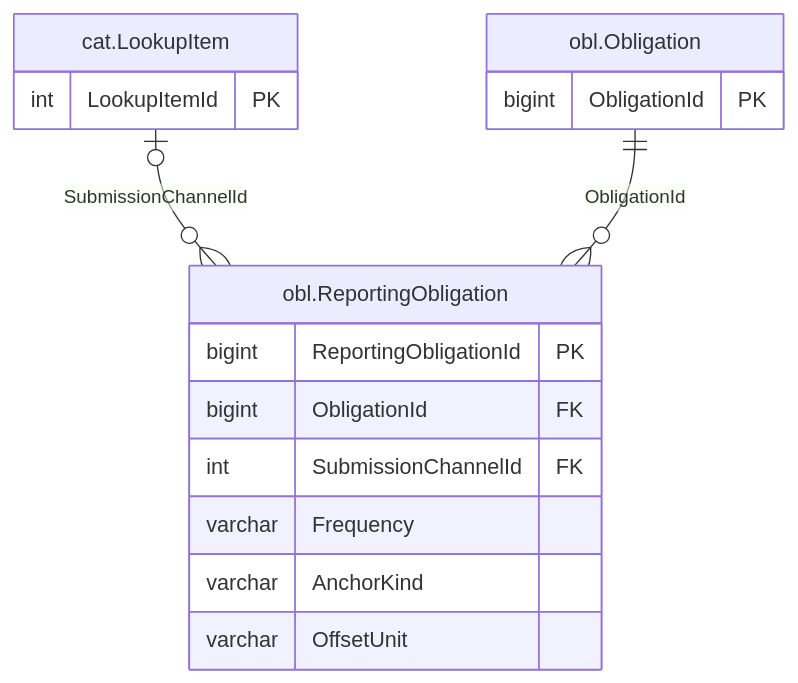
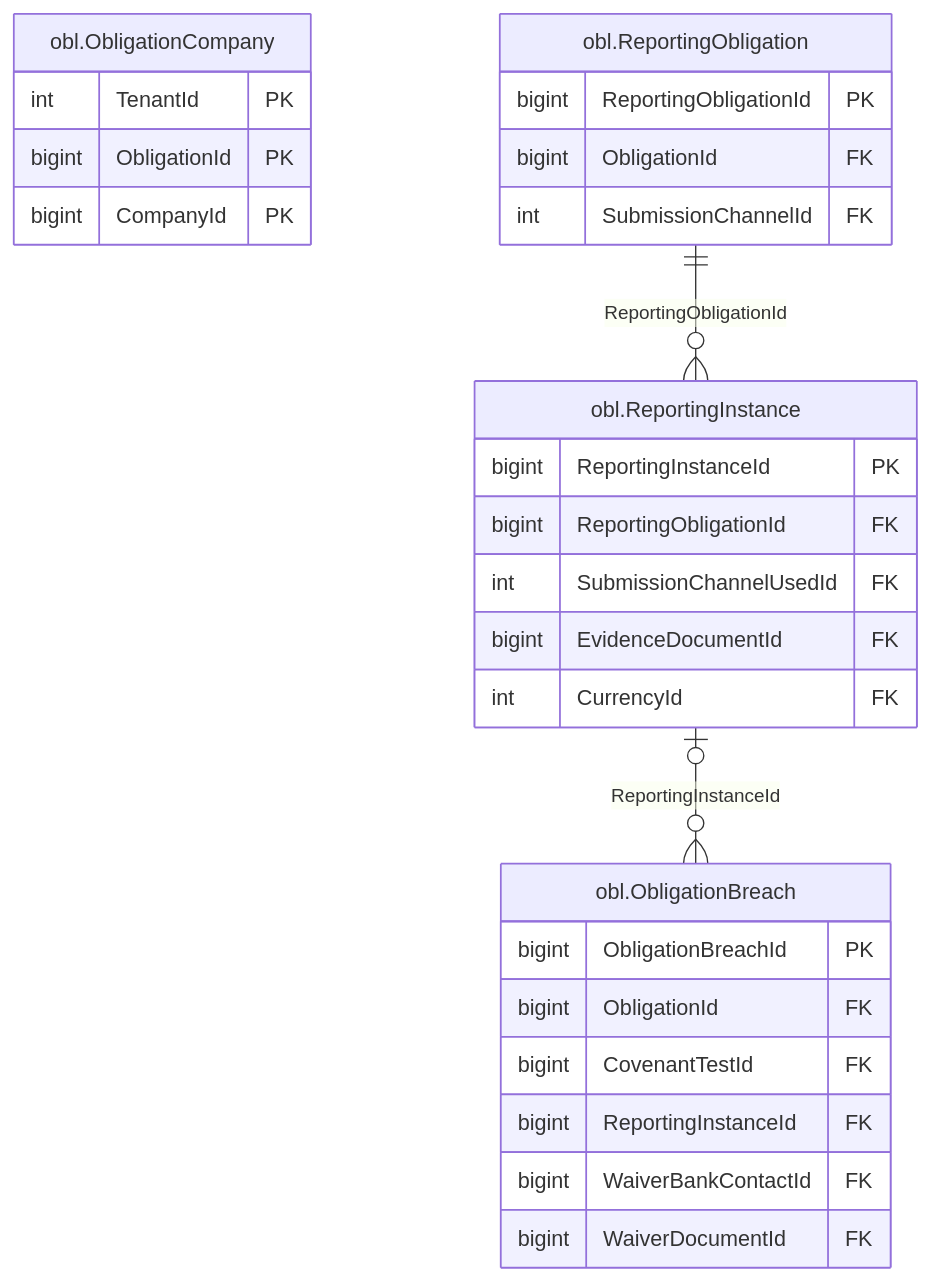
Before and after one commit to thawrasy/smartlines: the diagram in treasury-platform/docs/diagrams/erd/m5_obligations_2.mmd, drawn with Mermaid. The commit also changed 230 other files, not shown here.

First line of the commit message:
Rework the ERD Word document after design-review findings

```diff
--- a/treasury-platform/docs/diagrams/erd/m5_obligations_2.mmd
+++ b/treasury-platform/docs/diagrams/erd/m5_obligations_2.mmd
@@ -1,18 +1,29 @@
 %% م5 · الالتزامات والتعهدات (2/2) — Obligations, covenants & reporting
 erDiagram
+  obl_ObligationBreach["obl.ObligationBreach"] {
+    bigint ObligationBreachId PK
+    bigint ObligationId FK
+    bigint CovenantTestId FK
+    bigint ReportingInstanceId FK
+    bigint WaiverBankContactId FK
+    bigint WaiverDocumentId FK
+  }
+  obl_ObligationCompany["obl.ObligationCompany"] {
+    int TenantId PK
+    bigint ObligationId PK
+    bigint CompanyId PK
+  }
+  obl_ReportingInstance["obl.ReportingInstance"] {
+    bigint ReportingInstanceId PK
+    bigint ReportingObligationId FK
+    int SubmissionChannelUsedId FK
+    bigint EvidenceDocumentId FK
+    int CurrencyId FK
+  }
   obl_ReportingObligation["obl.ReportingObligation"] {
     bigint ReportingObligationId PK
     bigint ObligationId FK
     int SubmissionChannelId FK
-    varchar Frequency
-    varchar AnchorKind
-    varchar OffsetUnit
   }
-  cat_LookupItem["cat.LookupItem"] {
-    int LookupItemId PK
-  }
-  obl_Obligation["obl.Obligation"] {
-    bigint ObligationId PK
-  }
-  cat_LookupItem |o--o{ obl_ReportingObligation : "SubmissionChannelId"
-  obl_Obligation ||--o{ obl_ReportingObligation : "ObligationId"
+  obl_ReportingInstance |o--o{ obl_ObligationBreach : "ReportingInstanceId"
+  obl_ReportingObligation ||--o{ obl_ReportingInstance : "ReportingObligationId"
```
